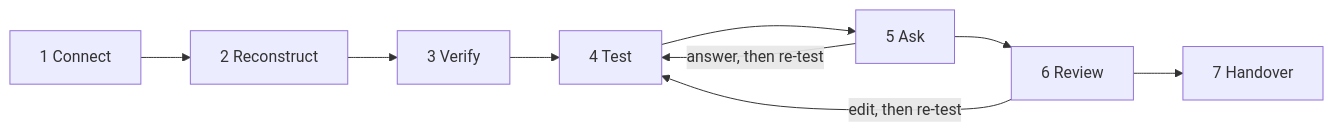
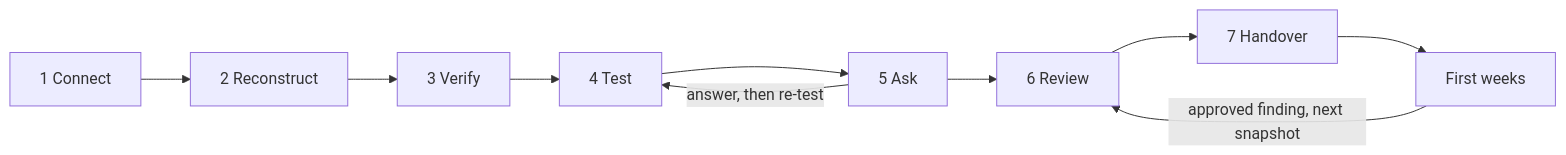
Before and after one commit to m4xy07/understudy: the second of 2 diagrams in README.md, drawn with Mermaid. The commit also changed other lines of this file, not shown here.

````diff
--- a/README.md
+++ b/README.md
@@ -104,6 +110,6 @@
 ```mermaid
 flowchart LR
-  c["1 Connect"] --> r["2 Reconstruct"] --> v["3 Verify"] --> t["4 Test"] --> a["5 Ask"] --> rv["6 Review"] --> h["7 Handover"]
-  a -- "answer, then re-test" --> t
-  rv -- "edit, then re-test" --> t
+  C["1 Connect"] --> RC["2 Reconstruct"] --> V["3 Verify"] --> TS["4 Test"] --> AS["5 Ask"] --> RV["6 Review"] --> H["7 Handover"] --> F["First weeks"]
+  AS -- "answer, then re-test" --> TS
+  F -- "approved finding, next snapshot" --> RV
 ```
````
